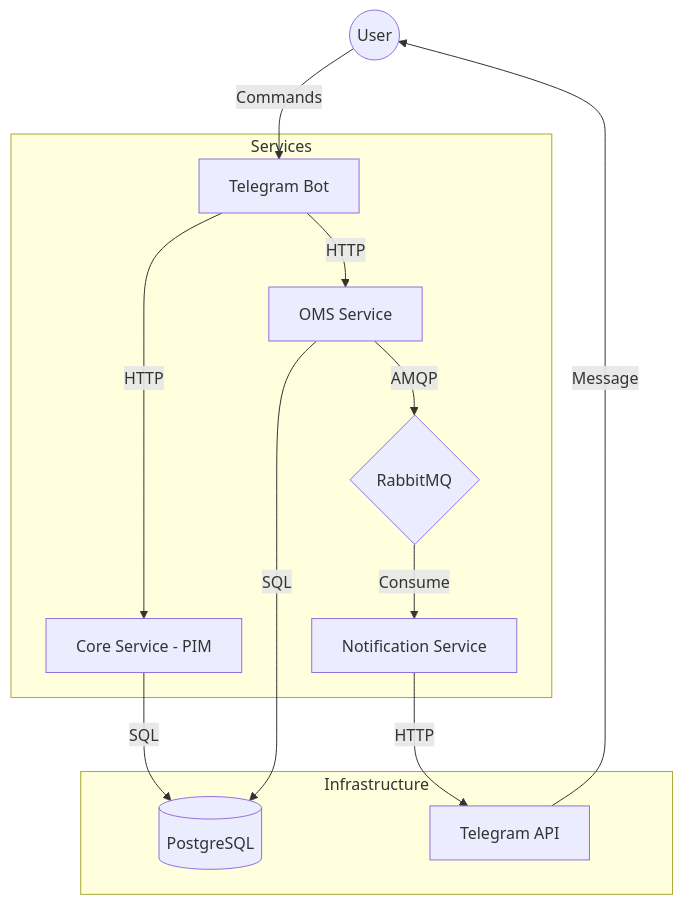
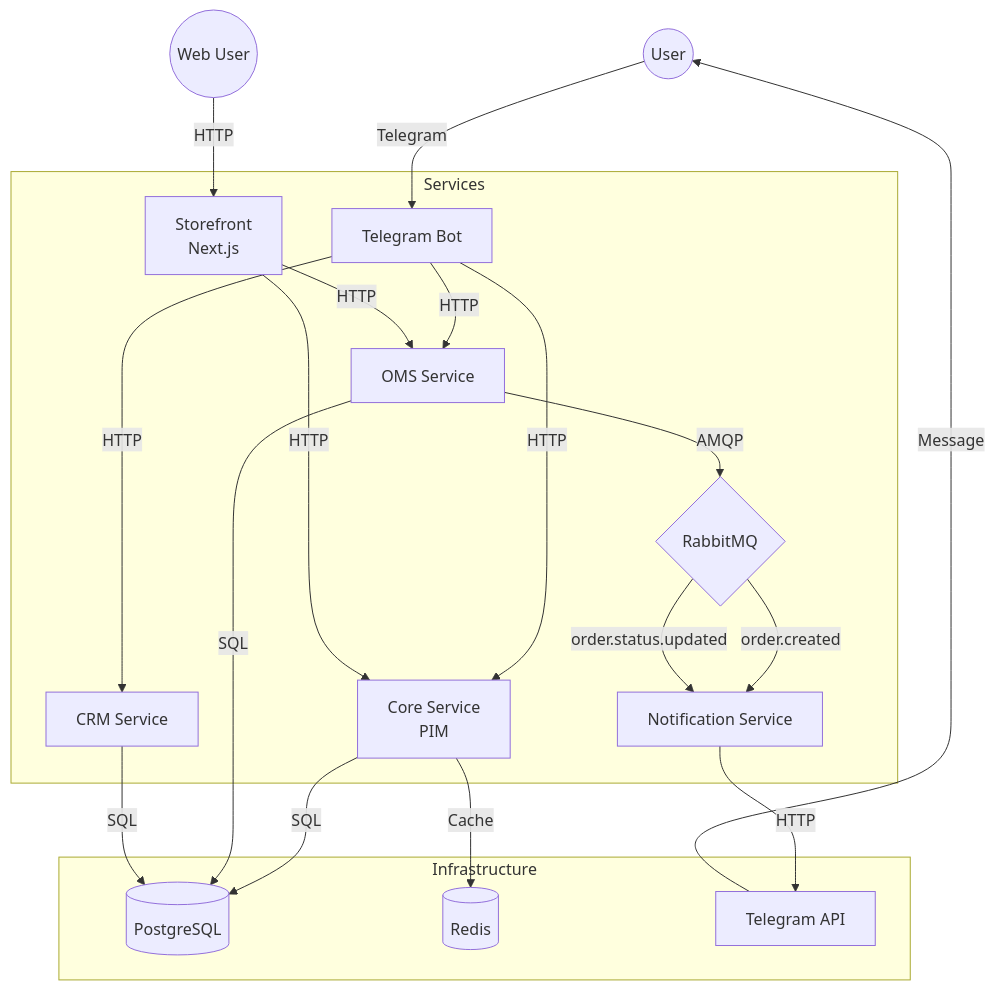
The diagram in docs/architecture.md (andriipushkar/shop), drawn with Mermaid before and after one commit. The commit also changed other lines of this file and 175 other files, not shown here.

````diff
--- a/docs/architecture.md
+++ b/docs/architecture.md
@@ -3,19 +5,26 @@
 ```mermaid
 graph TD
-    User((User)) -->|Commands| Bot[Telegram Bot]
-    
+    User((User)) -->|Telegram| Bot[Telegram Bot]
+    WebUser((Web User)) -->|HTTP| Storefront[Storefront<br/>Next.js]
+
     subgraph Services
-        Bot -->|HTTP| Core[Core Service - PIM]
+        Bot -->|HTTP| Core[Core Service<br/>PIM]
         Bot -->|HTTP| OMS[OMS Service]
+        Bot -->|HTTP| CRM[CRM Service]
+        Storefront -->|HTTP| Core
+        Storefront -->|HTTP| OMS
         OMS -->|AMQP| RabbitMQ{RabbitMQ}
-        RabbitMQ -->|Consume| Notif[Notification Service]
+        RabbitMQ -->|order.created| Notif[Notification Service]
+        RabbitMQ -->|order.status.updated| Notif
     end
-    
+
     subgraph Infrastructure
         Core -->|SQL| DB[(PostgreSQL)]
+        Core -->|Cache| Redis[(Redis)]
         OMS -->|SQL| DB
+        CRM -->|SQL| DB
         Notif -->|HTTP| TelegramAPI[Telegram API]
     end
-    
+
     TelegramAPI -->|Message| User
 ```
````
